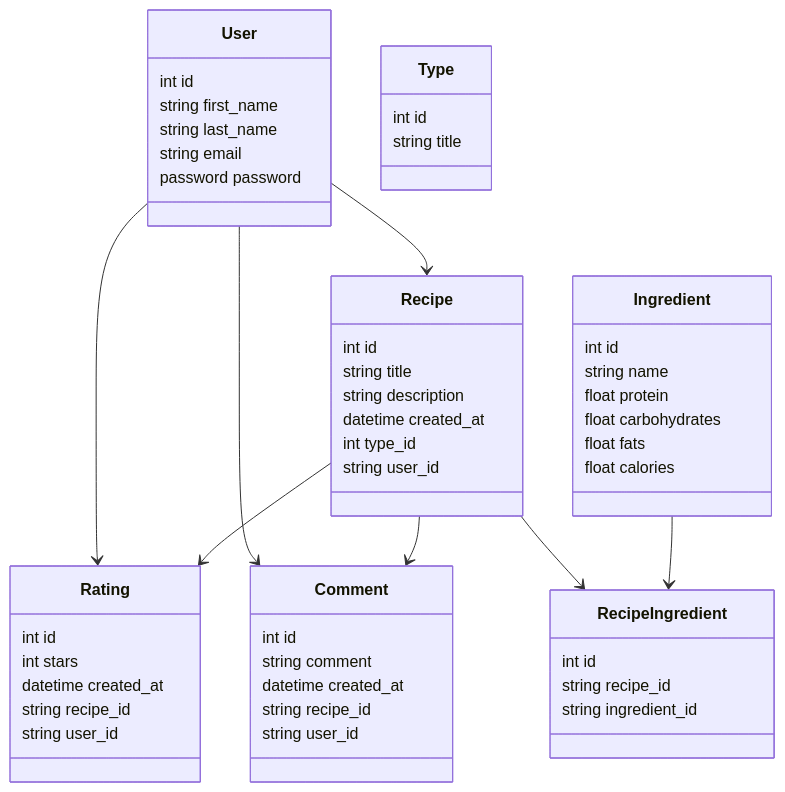
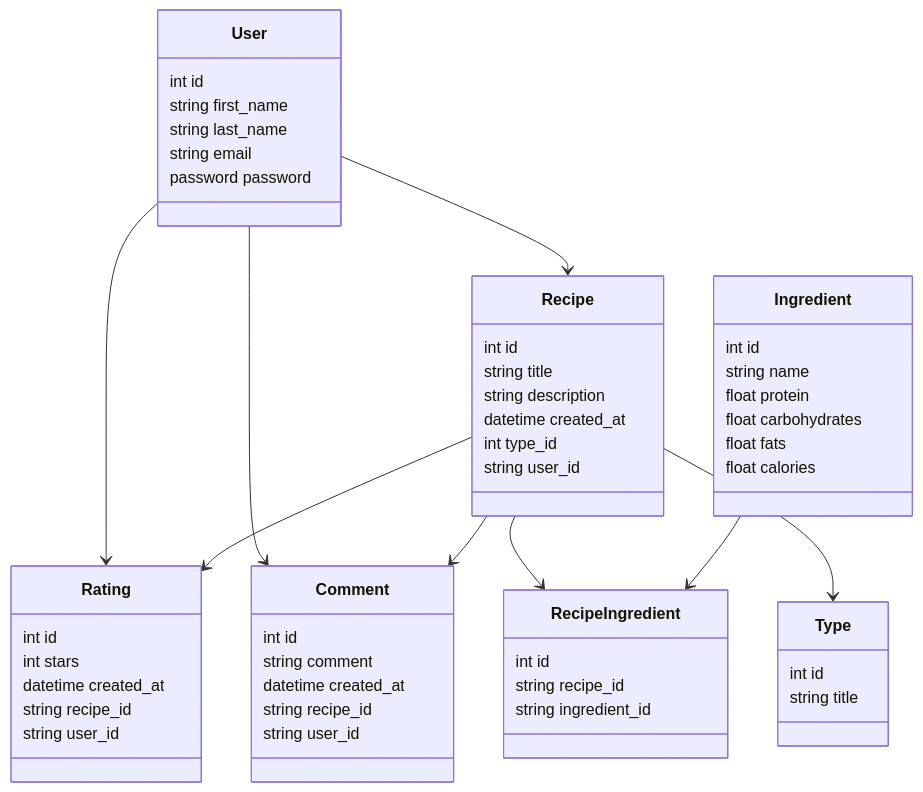
Before and after one commit to gualbertocuiza/dieting: the second of 2 diagrams in README.md, drawn with Mermaid.

Commit message:
add type to recipe

````diff
--- a/README.md
+++ b/README.md
@@ -43,54 +43,55 @@
 ```mermaid
 classDiagram
     User --> Recipe
     User --> Rating
     User --> Comment
     Recipe --> Rating
     Recipe --> Comment
     Recipe --> RecipeIngredient
+    Recipe --> Type
     Ingredient --> RecipeIngredient
     User : int id
     User : string first_name
     User : string last_name
     User : string email
     User : password password
     class Type{
       int id
       string title
     }
     class Recipe{
       int id
       string title
       string description
       datetime created_at
       int type_id
       string user_id
     }
     class Rating{
       int id
       int stars
       datetime created_at
       string recipe_id
       string user_id
     }
     class Comment{
       int id
       string comment
       datetime created_at
       string recipe_id
       string user_id
     }
     class Ingredient{
         int id
         string name
         float protein
         float carbohydrates
         float fats
         float calories
     }
     class RecipeIngredient{
         int id
         string recipe_id
         string ingredient_id
     }
 ```
````
